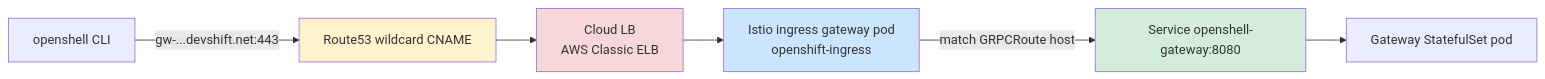
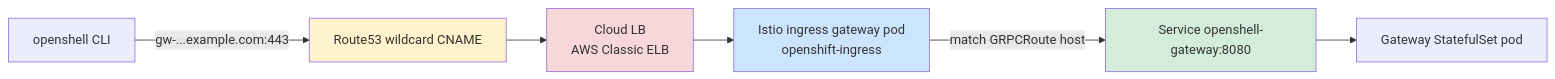
Before and after one commit to openshift-online/hypershell: the fifth of 7 diagrams in specs/platform/global-architecture.spec.md, drawn with Mermaid. The commit also changed other lines of this file and 20 other files, not shown here.

````diff
--- a/specs/platform/global-architecture.spec.md
+++ b/specs/platform/global-architecture.spec.md
@@ -303,13 +325,13 @@
 ```mermaid
 graph LR
-    CLI[openshell CLI] -->|"gw-...devshift.net:443"| DNS[Route53 wildcard CNAME]
+    CLI[openshell CLI] -->|"gw-...example.com:443"| DNS[Route53 wildcard CNAME]
     DNS --> ELB[Cloud LB<br/>AWS Classic ELB]
     ELB --> IGW[Istio ingress gateway pod<br/>openshift-ingress]
     IGW -->|match GRPCRoute host| SVC[Service openshell-gateway:8080]
     SVC --> POD[Gateway StatefulSet pod]
 
     style DNS fill:#fff3cd
     style ELB fill:#f8d7da
     style IGW fill:#cce5ff
     style SVC fill:#d4edda
 ```
````
